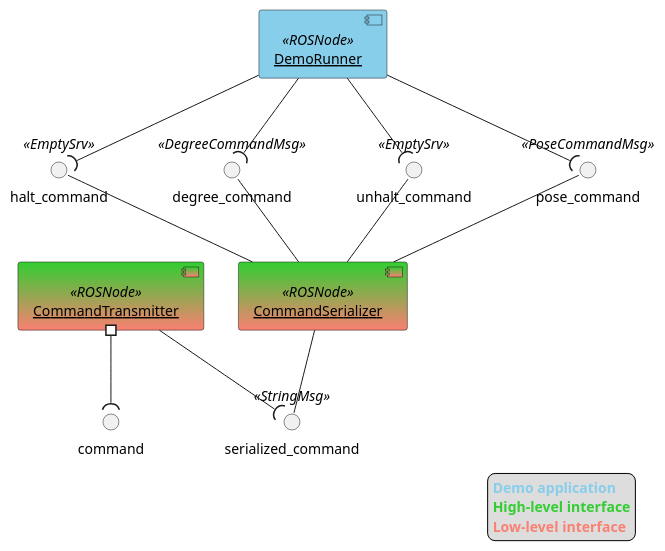
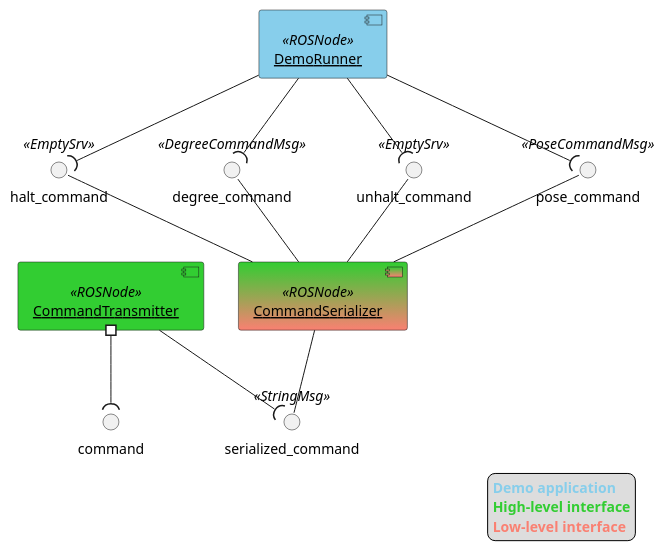
Before and after one commit to bscp/al5d_cpp: the diagram in doc/component_diagram.puml, drawn with PlantUML. The commit also changed 9 other files, not shown here.

Commit message:
Update UML diagrams

```diff
--- a/doc/component_diagram.puml
+++ b/doc/component_diagram.puml
@@ -1,32 +1,32 @@
 @startuml
 
 interface halt_command <<EmptySrv>>
 interface degree_command <<DegreeCommandMsg>>
 interface unhalt_command <<EmptySrv>>
 interface pose_command <<PoseCommandMsg>>
 interface command
 interface serialized_command <<StringMsg>>
 
 component "<u>DemoRunner</u>" <<ROSNode>> as DemoRunner #SkyBlue
 component "<u>CommandSerializer</u>" <<ROSNode>> as CommandSerializer #LimeGreen-Salmon
-component "<u>CommandTransmitter</u>" <<ROSNode>> as CommandTransmitter #LimeGreen-Salmon
+component "<u>CommandTransmitter</u>" <<ROSNode>> as CommandTransmitter #LimeGreen
 
 DemoRunner --( halt_command
 DemoRunner --( degree_command
 DemoRunner --( unhalt_command
 DemoRunner --( pose_command
 halt_command -- CommandSerializer
 unhalt_command -- CommandSerializer
 pose_command -- CommandSerializer
 degree_command -- CommandSerializer
 CommandTransmitter #--( command
 CommandSerializer -- serialized_command
 CommandTransmitter --( serialized_command
 
 legend right
   <b><color:SkyBlue>Demo application</color></b>
   <b><color:LimeGreen>High-level interface</color></b>
   <b><color:Salmon>Low-level interface</color></b>
 endlegend
 
 @enduml
```
